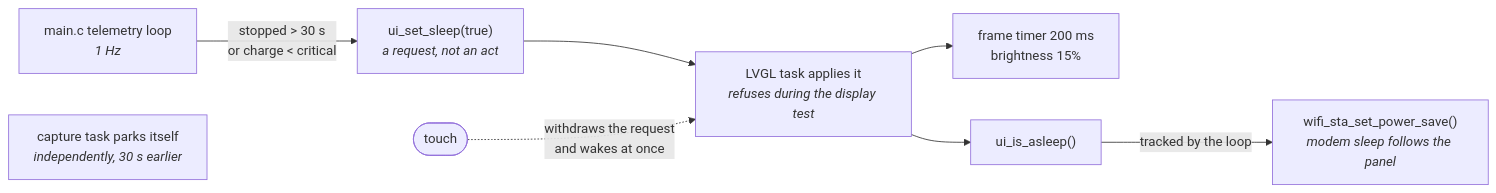
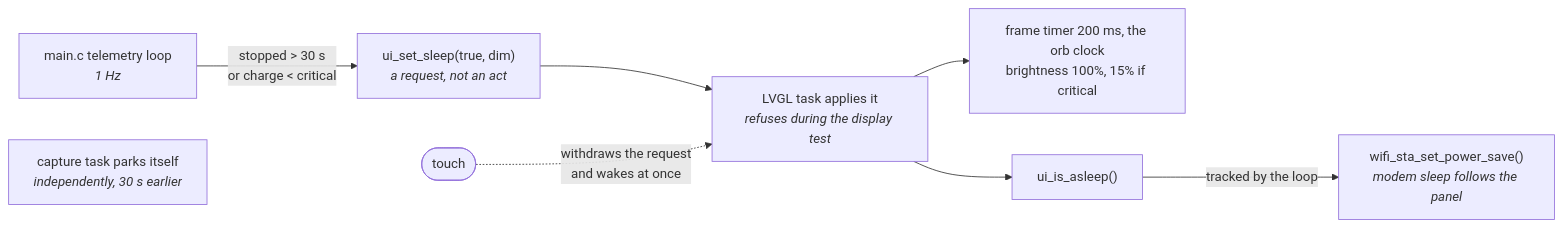
The fourth of 9 diagrams in docs/architecture.md (dg-edcharbeneau/esp32-deepgram-voice-agent), drawn with Mermaid before and after one commit. The commit also changed other lines of this file and 26 other files, not shown here.

````diff
--- a/docs/architecture.md
+++ b/docs/architecture.md
@@ -284,10 +284,10 @@
 ```mermaid
 flowchart LR
-    tlm["main.c telemetry loop<br/><i>1 Hz</i>"] -->|"stopped > 30 s<br/>or charge < critical"| want["ui_set_sleep(true)<br/><i>a request, not an act</i>"]
+    tlm["main.c telemetry loop<br/><i>1 Hz</i>"] -->|"stopped > 30 s<br/>or charge < critical"| want["ui_set_sleep(true, dim)<br/><i>a request, not an act</i>"]
     want --> lvgl["LVGL task applies it<br/><i>refuses during the display test</i>"]
-    lvgl --> panel["frame timer 200 ms<br/>brightness 15%"]
+    lvgl --> panel["frame timer 200 ms, the orb clock<br/>brightness 100%, 15% if critical"]
     touch(["touch"]) -.->|"withdraws the request<br/>and wakes at once"| lvgl
     lvgl --> truth["ui_is_asleep()"]
     truth -->|"tracked by the loop"| radio["wifi_sta_set_power_save()<br/><i>modem sleep follows the panel</i>"]
     mic["capture task parks itself<br/><i>independently, 30 s earlier</i>"]
 ```
````
